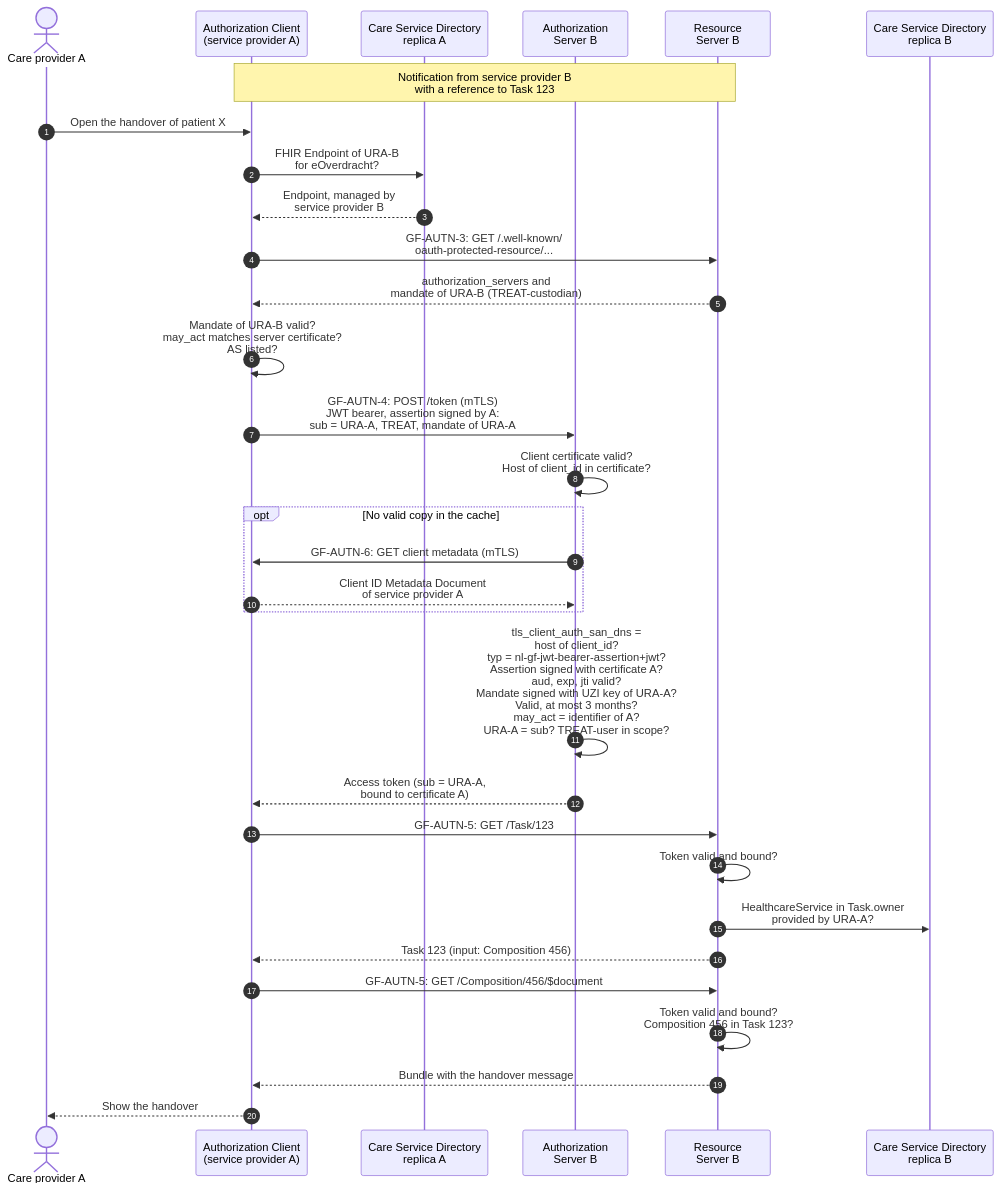
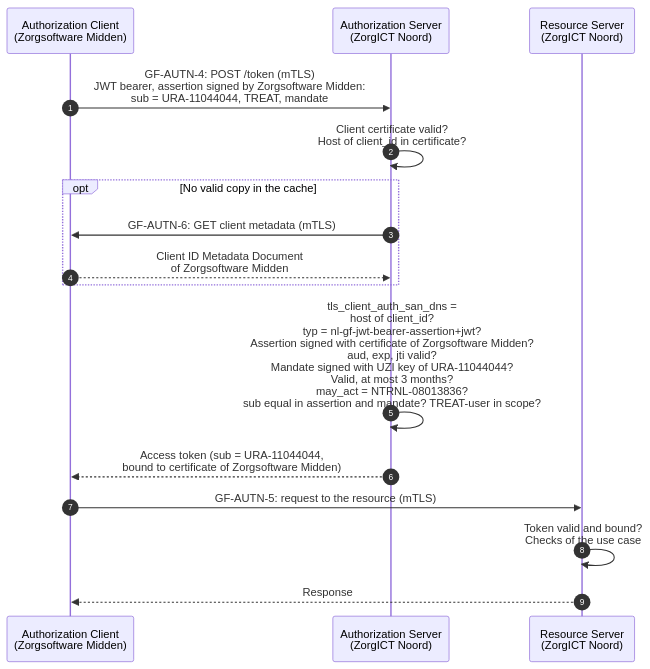
The second of 2 diagrams in input/pagecontent/authentication.md (minvws/generiekefuncties-docs), drawn with Mermaid before and after one commit. The commit also changed other lines of this file and 7 other files, not shown here.

````diff
--- a/input/pagecontent/authentication.md
+++ b/input/pagecontent/authentication.md
@@ -515,34 +504,19 @@
 ```mermaid
 sequenceDiagram
     autonumber
-    actor CPA as Care provider A
-    participant AC as Authorization Client<br/>(service provider A)
-    participant CSDA as Care Service Directory<br/>replica A
-    participant AS as Authorization<br/>Server B
-    participant RS as Resource<br/>Server B
-    participant CSDB as Care Service Directory<br/>replica B
+    participant AC as Authorization Client<br/>(Zorgsoftware Midden)
+    participant AS as Authorization Server<br/>(ZorgICT Noord)
+    participant RS as Resource Server<br/>(ZorgICT Noord)
 
-    Note over AC,RS: Notification from service provider B<br/>with a reference to Task 123
-    CPA->>AC: Open the handover of patient X
-    AC->>CSDA: FHIR Endpoint of URA-B<br/>for eOverdracht?
-    CSDA-->>AC: Endpoint, managed by<br/>service provider B
-    AC->>RS: GF-AUTN-3: GET /.well-known/<br/>oauth-protected-resource/...
-    RS-->>AC: authorization_servers and<br/>mandate of URA-B (TREAT-custodian)
-    AC->>AC: Mandate of URA-B valid?<br/>may_act matches server certificate?<br/>AS listed?
-    AC->>AS: GF-AUTN-4: POST /token (mTLS)<br/>JWT bearer, assertion signed by A:<br/>sub = URA-A, TREAT, mandate of URA-A
+    AC->>AS: GF-AUTN-4: POST /token (mTLS)<br/>JWT bearer, assertion signed by Zorgsoftware Midden:<br/>sub = URA-11044044, TREAT, mandate
     AS->>AS: Client certificate valid?<br/>Host of client_id in certificate?
     opt No valid copy in the cache
         AS->>AC: GF-AUTN-6: GET client metadata (mTLS)
-        AC-->>AS: Client ID Metadata Document<br/>of service provider A
+        AC-->>AS: Client ID Metadata Document<br/>of Zorgsoftware Midden
     end
-    AS->>AS: tls_client_auth_san_dns =<br/>host of client_id?<br/>typ = nl-gf-jwt-bearer-assertion+jwt?<br/>Assertion signed with certificate A?<br/>aud, exp, jti valid?<br/>Mandate signed with UZI key of URA-A?<br/>Valid, at most 3 months?<br/>may_act = identifier of A?<br/>URA-A = sub? TREAT-user in scope?
-    AS-->>AC: Access token (sub = URA-A,<br/>bound to certificate A)
-    AC->>RS: GF-AUTN-5: GET /Task/123
-    RS->>RS: Token valid and bound?
-    RS->>CSDB: HealthcareService in Task.owner<br/>provided by URA-A?
-    RS-->>AC: Task 123 (input: Composition 456)
-    AC->>RS: GF-AUTN-5: GET /Composition/456/$document
-    RS->>RS: Token valid and bound?<br/>Composition 456 in Task 123?
-    RS-->>AC: Bundle with the handover message
-    AC-->>CPA: Show the handover
+    AS->>AS: tls_client_auth_san_dns =<br/>host of client_id?<br/>typ = nl-gf-jwt-bearer-assertion+jwt?<br/>Assertion signed with certificate of Zorgsoftware Midden?<br/>aud, exp, jti valid?<br/>Mandate signed with UZI key of URA-11044044?<br/>Valid, at most 3 months?<br/>may_act = NTRNL-08013836?<br/>sub equal in assertion and mandate? TREAT-user in scope?
+    AS-->>AC: Access token (sub = URA-11044044,<br/>bound to certificate of Zorgsoftware Midden)
+    AC->>RS: GF-AUTN-5: request to the resource (mTLS)
+    RS->>RS: Token valid and bound?<br/>Checks of the use case
+    RS-->>AC: Response
 ```
````
